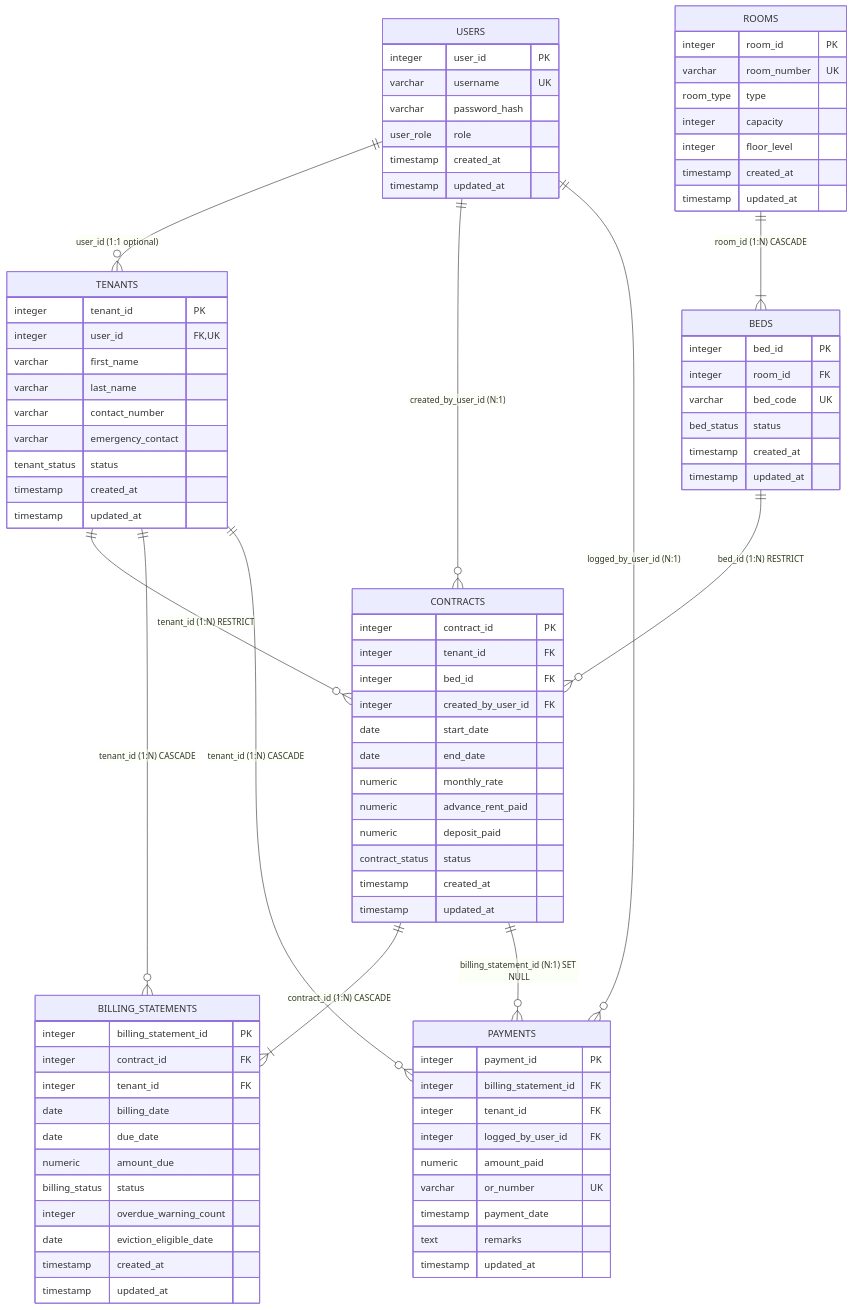
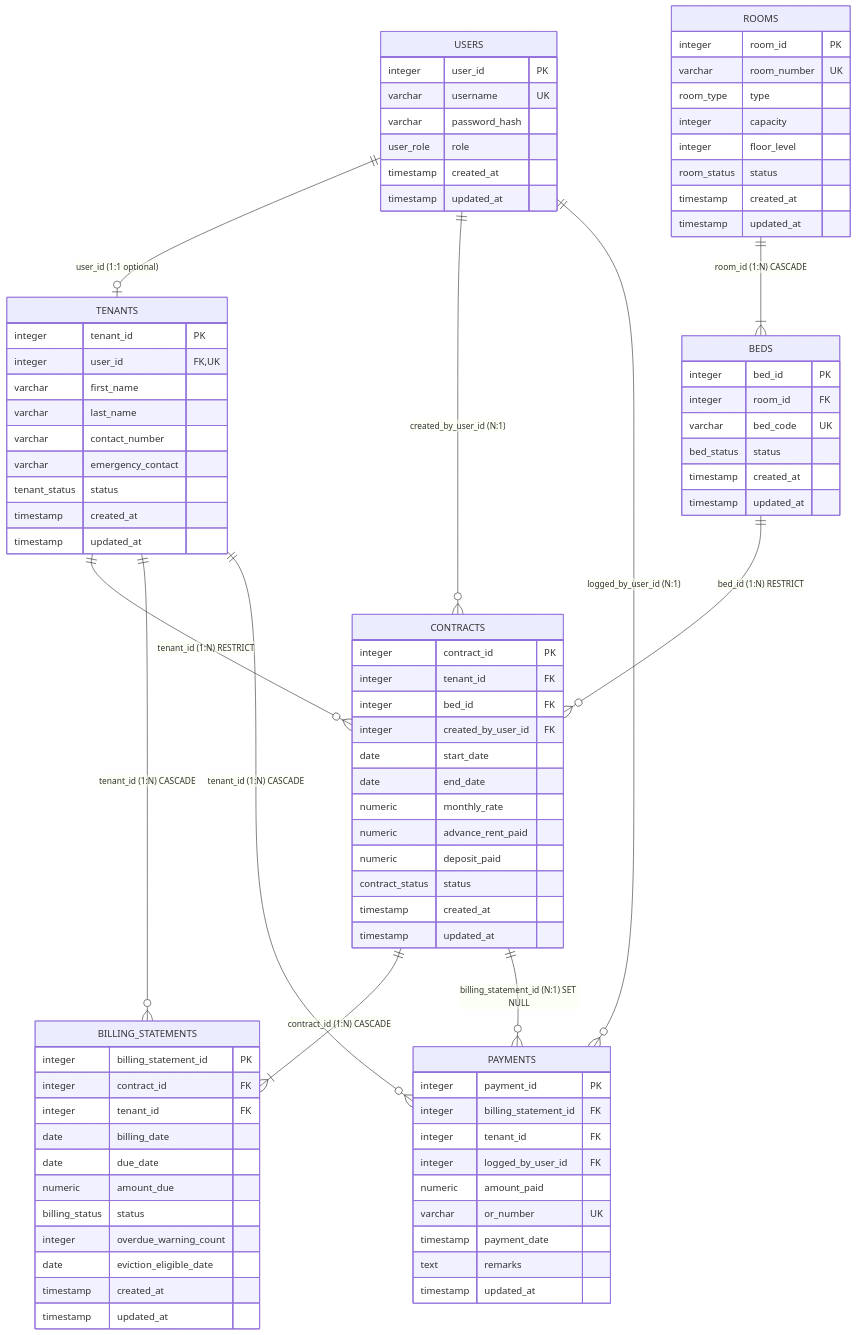
The first of 2 diagrams in docs/diagrams/ERD.md (Artsk1e/-RenTahanan-A-Bedspace-Occupancy-and-Rent-Management-System), drawn with Mermaid before and after one commit. The commit also changed other lines of this file and 5 other files, not shown here.

Commit message:
docs: update structural diagrams, alignment analysis, and requirements

````diff
--- a/docs/diagrams/ERD.md
+++ b/docs/diagrams/ERD.md
@@ -11,6 +12,6 @@
 ```mermaid
 erDiagram
-    USERS ||--o{ TENANTS : "user_id (1:1 optional)"
+    USERS ||--o| TENANTS : "user_id (1:1 optional)"
     USERS ||--o{ CONTRACTS : "created_by_user_id (N:1)"
     USERS ||--o{ PAYMENTS : "logged_by_user_id (N:1)"
 
@@ -39,6 +40,7 @@
         room_type type
         integer capacity
         integer floor_level
+        room_status status
         timestamp created_at
         timestamp updated_at
     }
````
